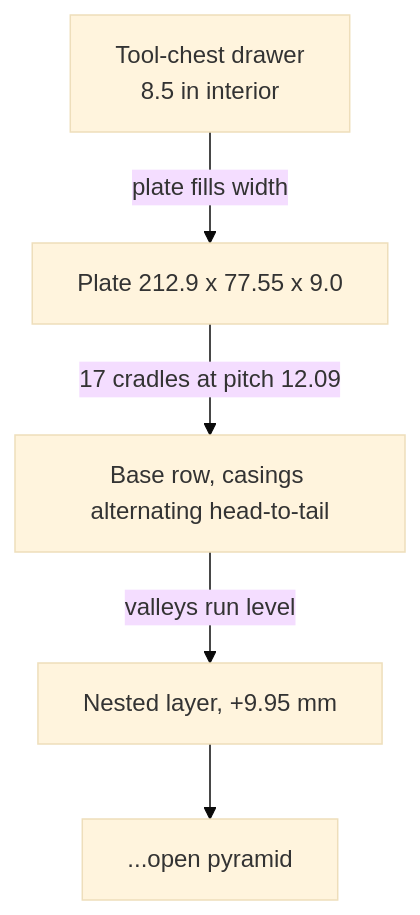
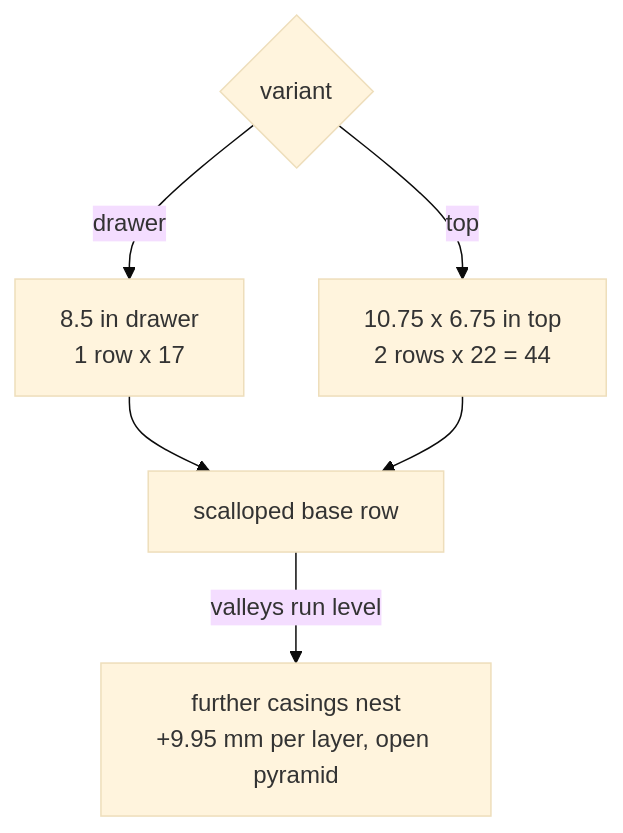
One commit to jfryman/30-06-bullet-jig changed the diagram in lode/fixture/display-plate.md. Above: the diagram before and after it, drawn with Mermaid (base theme). The commit also changed other lines of this file and 4 other files, not shown here.

First line of the commit message:
Add chest-top display-plate variant (two rows of 22)

````diff
--- a/lode/fixture/display-plate.md
+++ b/lode/fixture/display-plate.md
@@ -22,7 +27,8 @@
 ```mermaid
 flowchart TB
-    D["Tool-chest drawer<br/>8.5 in interior"] -->|plate fills width| P["Plate 212.9 x 77.55 x 9.0"]
-    P -->|17 cradles at pitch 12.09| ROW["Base row, casings alternating head-to-tail"]
-    ROW -->|valleys run level| L2["Nested layer, +9.95 mm"]
-    L2 --> L3["...open pyramid"]
+    V{variant} -->|drawer| DR["8.5 in drawer<br/>1 row x 17"]
+    V -->|top| TP["10.75 x 6.75 in top<br/>2 rows x 22 = 44"]
+    DR --> CR["scalloped base row"]
+    TP --> CR
+    CR -->|valleys run level| NEST["further casings nest<br/>+9.95 mm per layer, open pyramid"]
 ```
````
